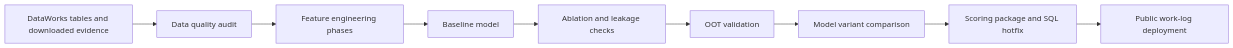
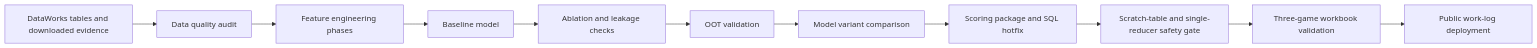
Before and after one commit to Wendy-James/Wendy-James: the fifth of 8 diagrams in docs/HUNGRY_STUDIO_VISUAL_SUMMARY.md, drawn with Mermaid. The commit also changed other lines of this file, not shown here.

````diff
--- a/docs/HUNGRY_STUDIO_VISUAL_SUMMARY.md
+++ b/docs/HUNGRY_STUDIO_VISUAL_SUMMARY.md
@@ -74,11 +76,13 @@
 ```mermaid
 flowchart LR
     A["DataWorks tables and downloaded evidence"] --> B["Data quality audit"]
     B --> C["Feature engineering phases"]
     C --> D["Baseline model"]
     D --> E["Ablation and leakage checks"]
     E --> F["OOT validation"]
     F --> G["Model variant comparison"]
     G --> H["Scoring package and SQL hotfix"]
-    H --> I["Public work-log deployment"]
+    H --> I["Scratch-table and single-reducer safety gate"]
+    I --> J["Three-game workbook validation"]
+    J --> K["Public work-log deployment"]
 ```
````
